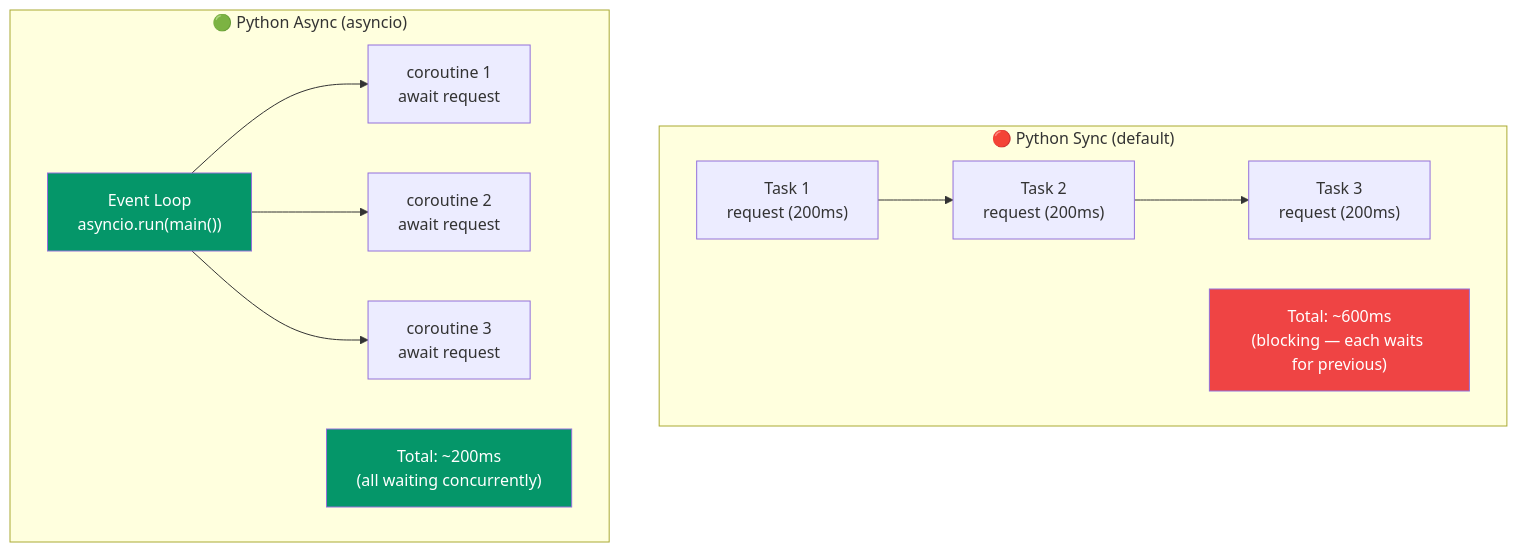
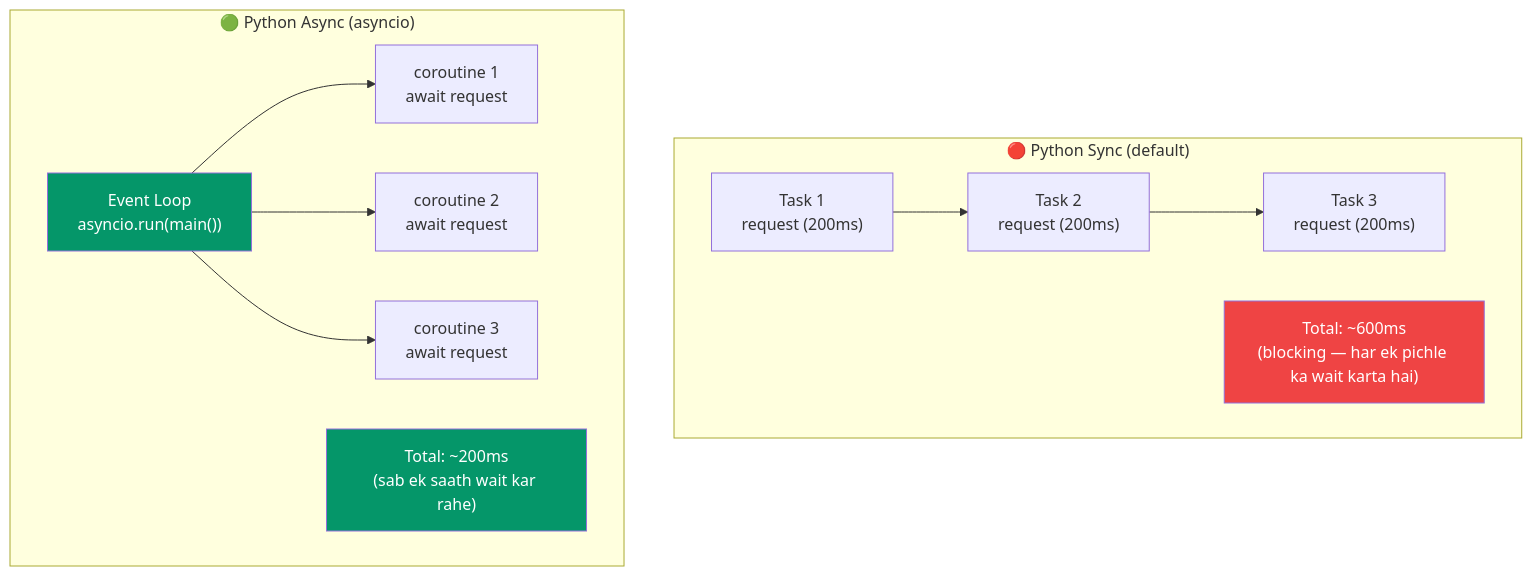
The diagram in python/03_advanced_python/05_async_await.md (Siddesh-Pansare93/dev-notes), drawn with Mermaid before and after one commit. The commit also changed other lines of this file and 112 other files, not shown here.

````diff
--- a/python/03_advanced_python/05_async_await.md
+++ b/python/03_advanced_python/05_async_await.md
@@ -17,18 +17,18 @@
 ```mermaid
 flowchart TB
     subgraph Sync["🔴 Python Sync (default)"]
         T1["Task 1\nrequest (200ms)"] --> T2["Task 2\nrequest (200ms)"] --> T3["Task 3\nrequest (200ms)"]
-        TotalS["Total: ~600ms\n(blocking — each waits for previous)"]
+        TotalS["Total: ~600ms\n(blocking — har ek pichle ka wait karta hai)"]
     end
 
     subgraph Async["🟢 Python Async (asyncio)"]
         EL["Event Loop\nasyncio.run(main())"]
         C1["coroutine 1\nawait request"] & C2["coroutine 2\nawait request"] & C3["coroutine 3\nawait request"]
         EL --> C1 & C2 & C3
-        TotalA["Total: ~200ms\n(all waiting concurrently)"]
+        TotalA["Total: ~200ms\n(sab ek saath wait kar rahe)"]
     end
 
     style EL fill:#059669,color:#fff
     style TotalS fill:#ef4444,color:#fff
     style TotalA fill:#059669,color:#fff
 ```
````
